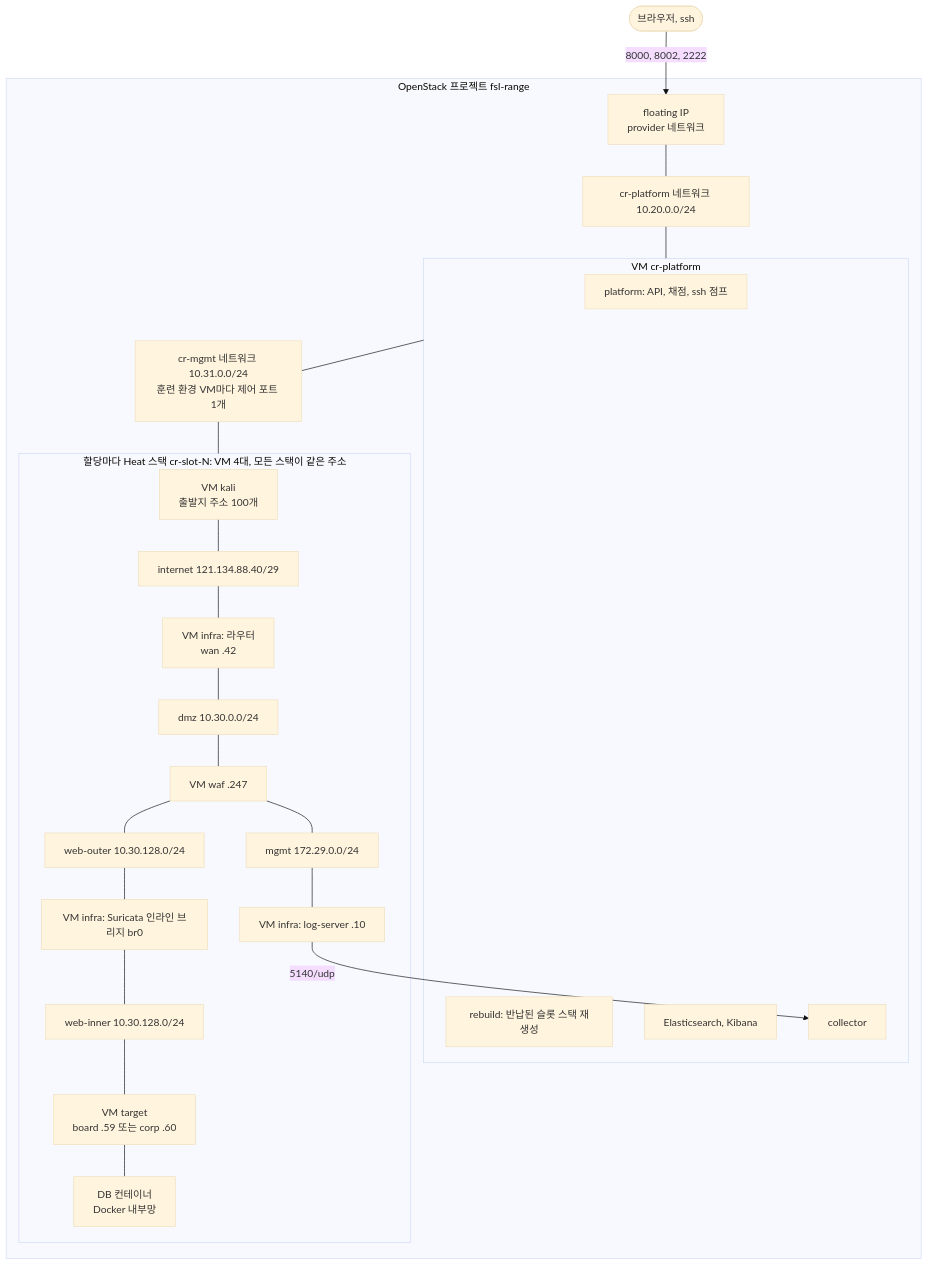
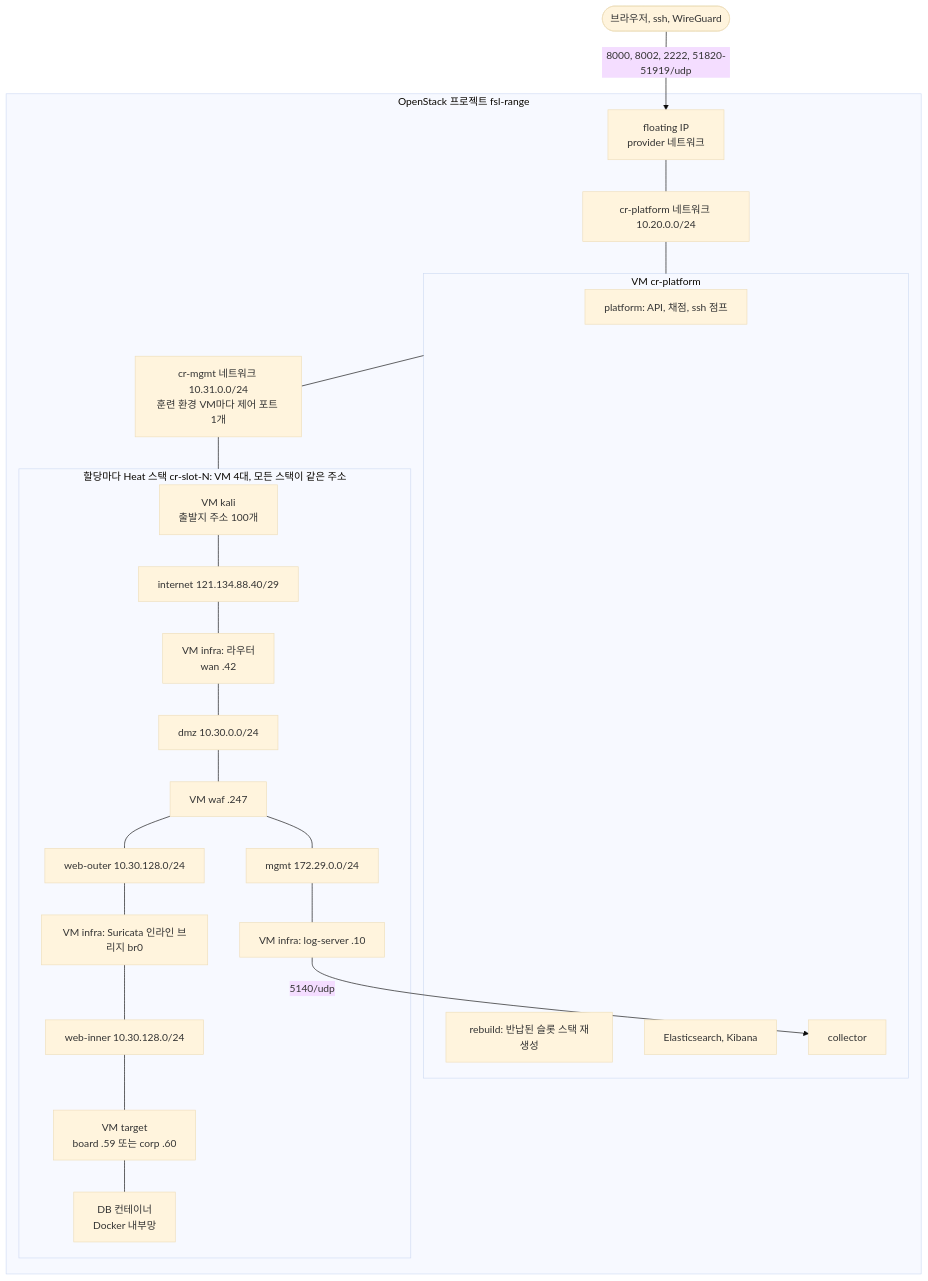
The diagram in README.md (Nekonic/fsl-project-mvp), drawn with Mermaid (base theme) before and after one commit. The commit also changed other lines of this file and 33 other files, not shown here.

````diff
--- a/README.md
+++ b/README.md
@@ -141,30 +141,30 @@
 ```mermaid
 flowchart TB
-  user(["브라우저, ssh"]) -->|"8000, 8002, 2222"| fip["floating IP<br/>provider 네트워크"]
+  user(["브라우저, ssh, WireGuard"]) -->|"8000, 8002, 2222, 51820-51919/udp"| fip["floating IP<br/>provider 네트워크"]
   subgraph os["OpenStack 프로젝트 fsl-range"]
     fip --- pnet["cr-platform 네트워크 10.20.0.0/24"]
     pnet --- pvm
     subgraph pvm["VM cr-platform"]
       platform["platform: API, 채점, ssh 점프"]
       rebuild["rebuild: 반납된 슬롯 스택 재생성"]
       elk["Elasticsearch, Kibana"]
       collector["collector"]
     end
     pvm --- mgmt["cr-mgmt 네트워크 10.31.0.0/24<br/>훈련 환경 VM마다 제어 포트 1개"]
     mgmt --- stack
     subgraph stack["할당마다 Heat 스택 cr-slot-N: VM 4대, 모든 스택이 같은 주소"]
       kali["VM kali<br/>출발지 주소 100개"] --- inet["internet 121.134.88.40/29"]
       inet --- edge["VM infra: 라우터<br/>wan .42"]
       edge --- dmz["dmz 10.30.0.0/24"]
       dmz --- waf["VM waf .247"]
       waf --- outer["web-outer 10.30.128.0/24"]
       outer --- ids["VM infra: Suricata 인라인 브리지 br0"]
       ids --- inner["web-inner 10.30.128.0/24"]
       inner --- target["VM target<br/>board .59 또는 corp .60"]
       target --- db["DB 컨테이너<br/>Docker 내부망"]
       waf --- smgmt["mgmt 172.29.0.0/24"]
       smgmt --- logsrv["VM infra: log-server .10"]
     end
     logsrv -->|"5140/udp"| collector
   end
 ```
````
